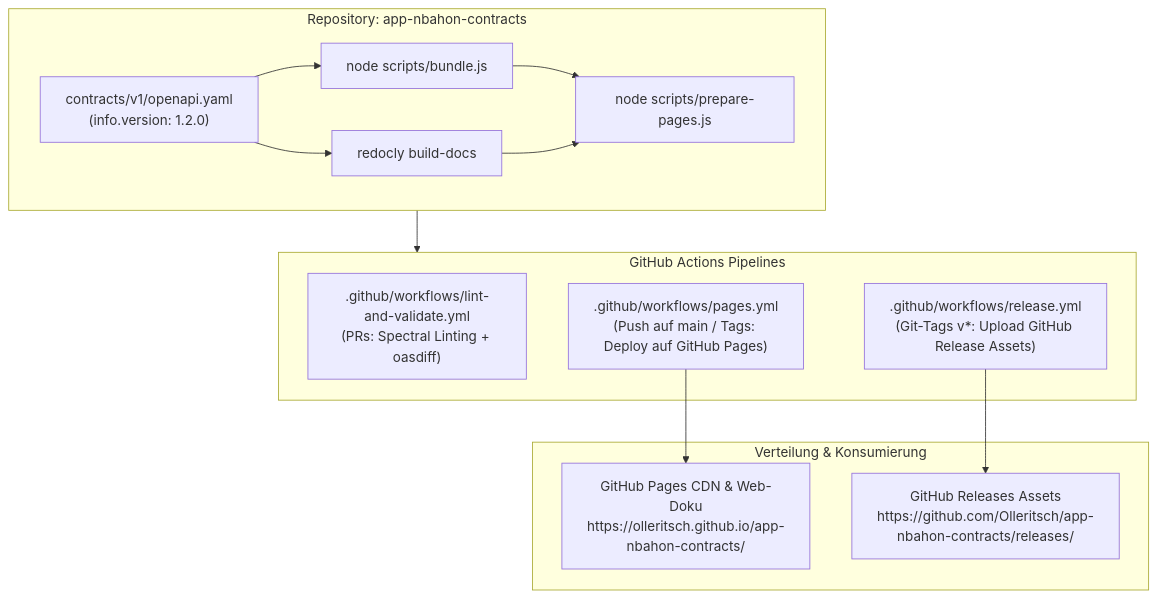
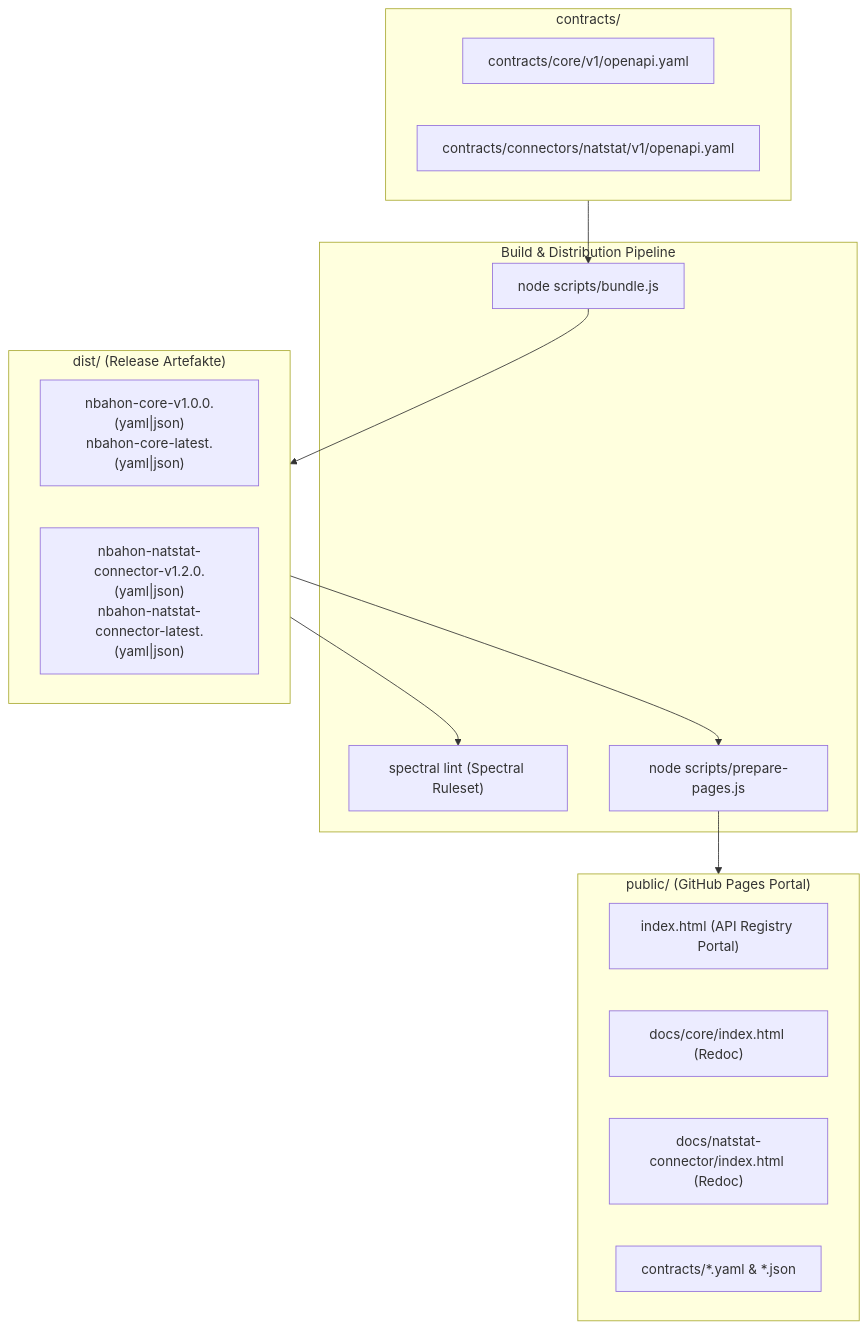
One commit to Olleritsch/app-nbahon-contracts changed the diagram in PROTOKOLL.md. Above: the diagram before and after it, drawn with Mermaid. The commit also changed other lines of this file and 33 other files, not shown here.

Commit message:
feat: transition to multi-api contract hub with core bff and natstat connector

````diff
--- a/PROTOKOLL.md
+++ b/PROTOKOLL.md
@@ -56,27 +68,31 @@
 ```mermaid
 flowchart TD
-    subgraph Repo["Repository: app-nbahon-contracts"]
-        OpenAPI["contracts/v1/openapi.yaml<br/>(info.version: 1.2.0)"]
-        Bundle["node scripts/bundle.js"]
-        PagesPrep["node scripts/prepare-pages.js"]
-        DocGen["redocly build-docs"]
-        OpenAPI --> Bundle
-        OpenAPI --> DocGen
-        Bundle & DocGen --> PagesPrep
+    subgraph Repositories["contracts/"]
+        CoreSpec["contracts/core/v1/openapi.yaml"]
+        NatstatSpec["contracts/connectors/natstat/v1/openapi.yaml"]
     end
 
-    subgraph CI["GitHub Actions Pipelines"]
-        W1[".github/workflows/lint-and-validate.yml<br/>(PRs: Spectral Linting + oasdiff)"]
-        W2[".github/workflows/pages.yml<br/>(Push auf main / Tags: Deploy auf GitHub Pages)"]
-        W3[".github/workflows/release.yml<br/>(Git-Tags v*: Upload GitHub Release Assets)"]
+    subgraph BuildPipeline["Build & Distribution Pipeline"]
+        Bundle["node scripts/bundle.js"]
+        Lint["spectral lint (Spectral Ruleset)"]
+        PagesPrep["node scripts/prepare-pages.js"]
     end
 
-    subgraph Distribution["Verteilung & Konsumierung"]
-        PagesCDN["GitHub Pages CDN & Web-Doku<br/>https://olleritsch.github.io/app-nbahon-contracts/"]
-        GHReleases["GitHub Releases Assets<br/>https://github.com/Olleritsch/app-nbahon-contracts/releases/"]
+    subgraph DistOutput["dist/ (Release Artefakte)"]
+        DistCore["nbahon-core-v1.0.0.(yaml|json)<br/>nbahon-core-latest.(yaml|json)"]
+        DistNat["nbahon-natstat-connector-v1.2.0.(yaml|json)<br/>nbahon-natstat-connector-latest.(yaml|json)"]
     end
 
-    Repo --> CI
-    W2 --> PagesCDN
-    W3 --> GHReleases
+    subgraph PagesOutput["public/ (GitHub Pages Portal)"]
+        IndexHtml["index.html (API Registry Portal)"]
+        DocsCore["docs/core/index.html (Redoc)"]
+        DocsNat["docs/natstat-connector/index.html (Redoc)"]
+        ContractsDown["contracts/*.yaml & *.json"]
+    end
+
+    Repositories --> Bundle
+    Bundle --> DistOutput
+    DistOutput --> Lint
+    DistOutput --> PagesPrep
+    PagesPrep --> PagesOutput
 ```
````
